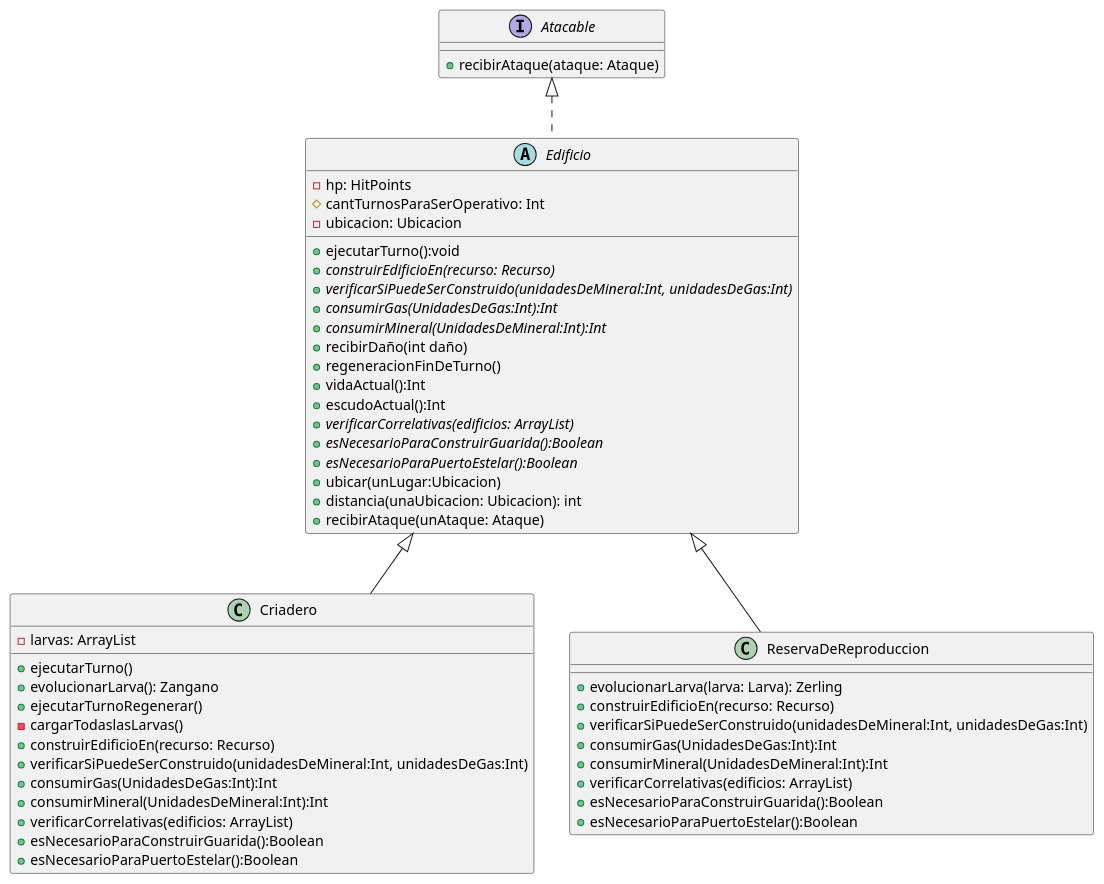
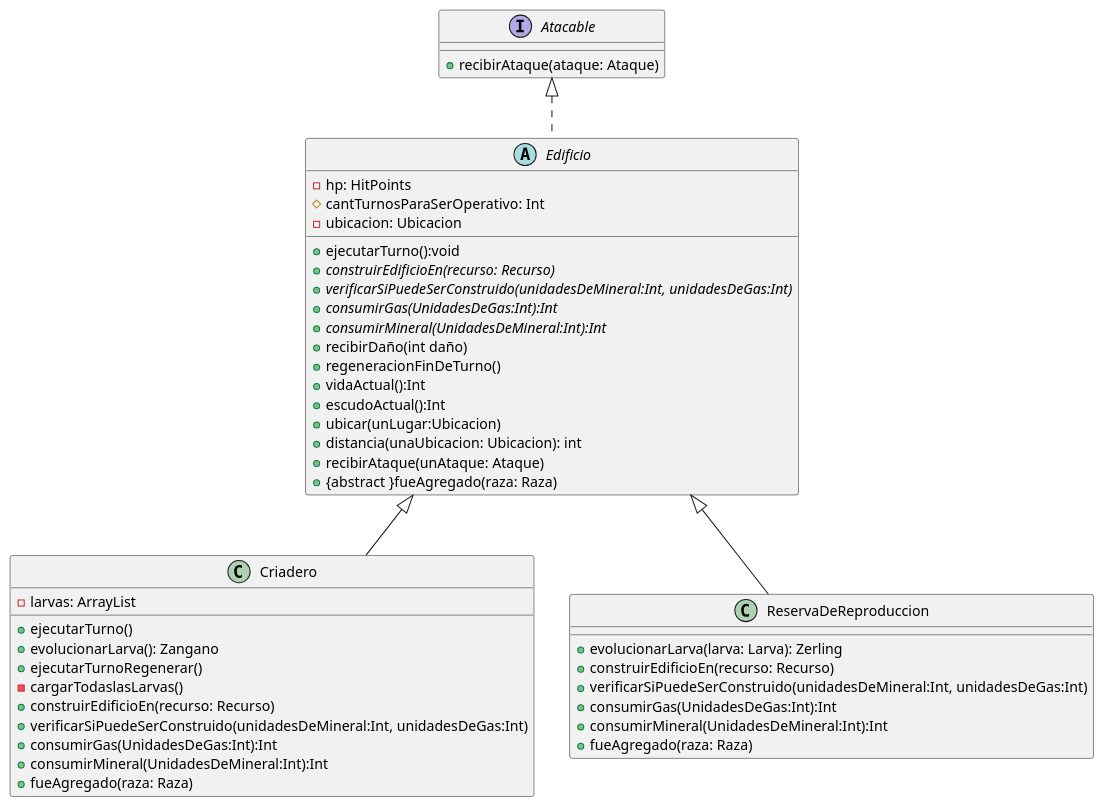
Before and after one commit to nicolasgirardi/algo3_TP2_AlgoStar: the diagram in diagrams/classes/EdificiosZerg1.puml, drawn with PlantUML. The commit also changed 3 other files, not shown here.

Commit message:
actualizo los diagramas de edificios

```diff
--- a/diagrams/classes/EdificiosZerg1.puml
+++ b/diagrams/classes/EdificiosZerg1.puml
@@ -1,62 +1,56 @@
 @startuml
 'https://plantuml.com/class-diagram
 
 abstract class Edificio {
     -hp: HitPoints
     #cantTurnosParaSerOperativo: Int
     -ubicacion: Ubicacion
     +ejecutarTurno():void
     + {abstract} construirEdificioEn(recurso: Recurso)
     + {abstract} verificarSiPuedeSerConstruido(unidadesDeMineral:Int, unidadesDeGas:Int)
     + {abstract} consumirGas(UnidadesDeGas:Int):Int
     + {abstract} consumirMineral(UnidadesDeMineral:Int):Int
     +recibirDaño(int daño)
     +regeneracionFinDeTurno()
     +vidaActual():Int
     +escudoActual():Int
-    + {abstract} verificarCorrelativas(edificios: ArrayList)
-    + {abstract} esNecesarioParaConstruirGuarida():Boolean
-    + {abstract} esNecesarioParaPuertoEstelar():Boolean
     + ubicar(unLugar:Ubicacion)
     + distancia(unaUbicacion: Ubicacion): int
     +recibirAtaque(unAtaque: Ataque)
+    + {abstract }fueAgregado(raza: Raza)
 }
 
 class Criadero{
 
     -larvas: ArrayList
     +ejecutarTurno()
     +evolucionarLarva(): Zangano
     +ejecutarTurnoRegenerar()
     -cargarTodaslasLarvas()
     +construirEdificioEn(recurso: Recurso)
     +verificarSiPuedeSerConstruido(unidadesDeMineral:Int, unidadesDeGas:Int)
     + consumirGas(UnidadesDeGas:Int):Int
     + consumirMineral(UnidadesDeMineral:Int):Int
-    + verificarCorrelativas(edificios: ArrayList)
-    + esNecesarioParaConstruirGuarida():Boolean
-    + esNecesarioParaPuertoEstelar():Boolean
+    + fueAgregado(raza: Raza)
 
 }
 
 class ReservaDeReproduccion{
 
     +evolucionarLarva(larva: Larva): Zerling
     +construirEdificioEn(recurso: Recurso)
     +verificarSiPuedeSerConstruido(unidadesDeMineral:Int, unidadesDeGas:Int)
     + consumirGas(UnidadesDeGas:Int):Int
     + consumirMineral(UnidadesDeMineral:Int):Int
-    + verificarCorrelativas(edificios: ArrayList)
-    + esNecesarioParaConstruirGuarida():Boolean
-    + esNecesarioParaPuertoEstelar():Boolean
+    + fueAgregado(raza: Raza)
 }
 
 interface Atacable {
     +recibirAtaque(ataque: Ataque)
 }
 
 Edificio <|-- Criadero
 Edificio <|-- ReservaDeReproduccion
 Atacable <|.. Edificio
 
 @enduml
```
